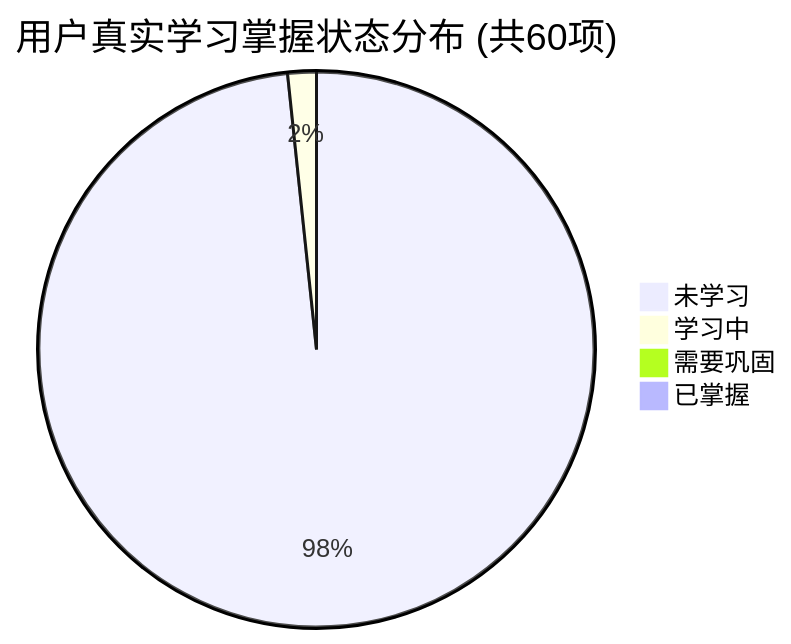
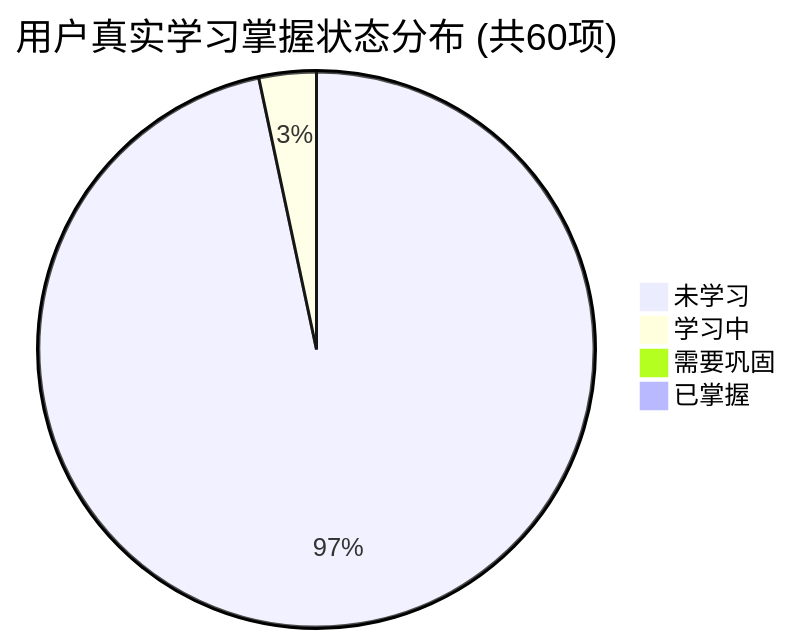
Before and after one commit to tieke1121/tech-interview-knowledge-base: the first of 2 diagrams in PROGRESS.md, drawn with Mermaid. The commit also changed other lines of this file and 1 other file, not shown here.

````diff
--- a/PROGRESS.md
+++ b/PROGRESS.md
@@ -27,7 +27,7 @@
 ```mermaid
 pie title 用户真实学习掌握状态分布 (共60项)
-    "未学习" : 59
-    "学习中" : 1
+    "未学习" : 58
+    "学习中" : 2
     "需要巩固" : 0
     "已掌握" : 0
 ```
````
